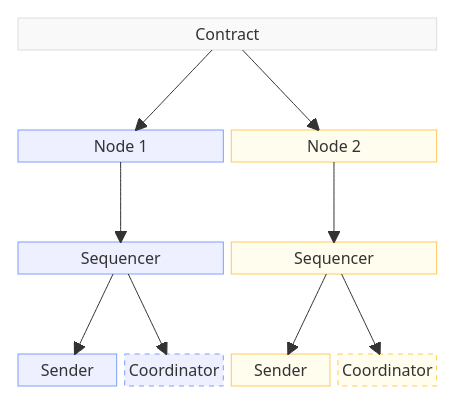
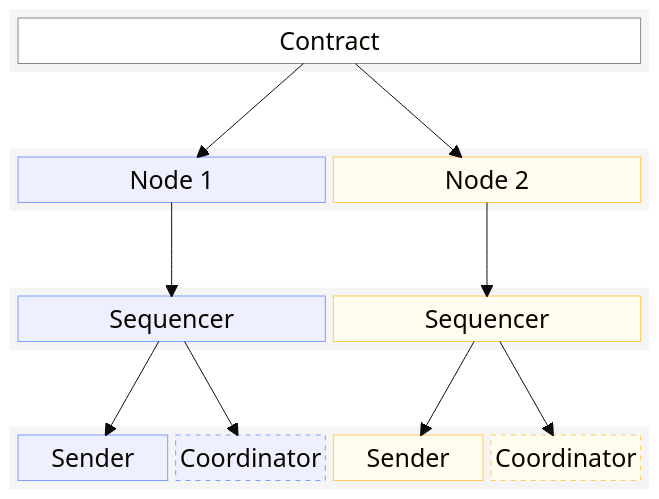
One commit to matthew1001/paladin changed the first of 8 diagrams in doc-site/docs/architecture/distributed_sequencer.md. Above: the diagram before and after it, drawn with Mermaid. The commit also changed other lines of this file and 1 other file, not shown here.

Commit message:
Add zoomable plugin for mermaid diagrams

````diff
--- a/doc-site/docs/architecture/distributed_sequencer.md
+++ b/doc-site/docs/architecture/distributed_sequencer.md
@@ -25,50 +27,52 @@
 ```mermaid
+%%{init: {'theme': 'base', 'themeVariables': { 'fontSize': '25px', 'fill':'#33bb22'}}}%%
 block-beta
   columns 1
   block:contracts:1
     columns 1
     contract["Contract"]
   end
   space
   block:nodes
     columns 2
     node1["Node 1"]
     node2["Node 2"]
   end
   space
   block:sequencers
     columns 2
     sequencer1["Sequencer"]
     sequencer2["Sequencer"]
   end
   space
-  block:components1
+  block:components
     columns 4
     sender1["Sender"]
     coordinator1["Coordinator"]
     sender2["Sender"]
     coordinator2["Coordinator"]
   end
 
-  contract --> node1
-  contract --> node2
-  node1 --> sequencer1
-  node2 --> sequencer2
-  sequencer1 --> sender1
-  sequencer1 --> coordinator1
-  sequencer2 --> sender2
-  sequencer2 --> coordinator2
-  style contract fill:#f9f9f9,stroke:#dddddd
-  style node1 fill:#eef0ff,stroke:#7e9dff
-  style node2 fill:#fffdee,stroke:#ffca58
-  style sequencer1 fill:#eef0ff,stroke:#7e9dff
-  style sequencer2 fill:#fffdee,stroke:#ffca58
-  style sender1 fill:#eef0ff,stroke:#7e9dff
-  style sender2 fill:#fffdee,stroke:#ffca58
-  style coordinator1 fill:#eef0ff,stroke:#7e9dff,stroke-dasharray: 5 5
-  style coordinator2 fill:#fffdee,stroke:#ffca58,stroke-dasharray: 5 5
-  style nodes fill:#ffffff,stroke:#ffffff
-  style sequencers fill:#ffffff,stroke:#ffffff
-  style components1 fill:#ffffff,stroke:#ffffff
-  style contracts fill:#ffffff,stroke:#ffffff
+contract --> node1
+contract --> node2
+node1 --> sequencer1
+node2 --> sequencer2
+sequencer1 --> sender1
+sequencer1 --> coordinator1
+sequencer2 --> sender2
+sequencer2 --> coordinator2
+style contract fill:#ffffff,stroke:#888888
+style contracts fill:#f5f5f5,stroke:#f5f5f5
+style nodes fill:#f5f5f5,stroke:#f5f5f5
+style components fill:#f5f5f5,stroke:#f5f5f5
+style sequencers fill:#f5f5f5,stroke:#f5f5f5
+style node1 fill:#eef0ff,stroke:#7e9dff
+style node2 fill:#fffdee,stroke:#ffca58
+style sequencer1 fill:#eef0ff,stroke:#7e9dff
+style sequencer2 fill:#fffdee,stroke:#ffca58
+style sender1 fill:#eef0ff,stroke:#7e9dff
+style sender2 fill:#fffdee,stroke:#ffca58
+style coordinator1 fill:#eef0ff,stroke:#7e9dff,stroke-dasharray: 5 5
+style coordinator2 fill:#fffdee,stroke:#ffca58,stroke-dasharray: 5 5
+
 ```
````
